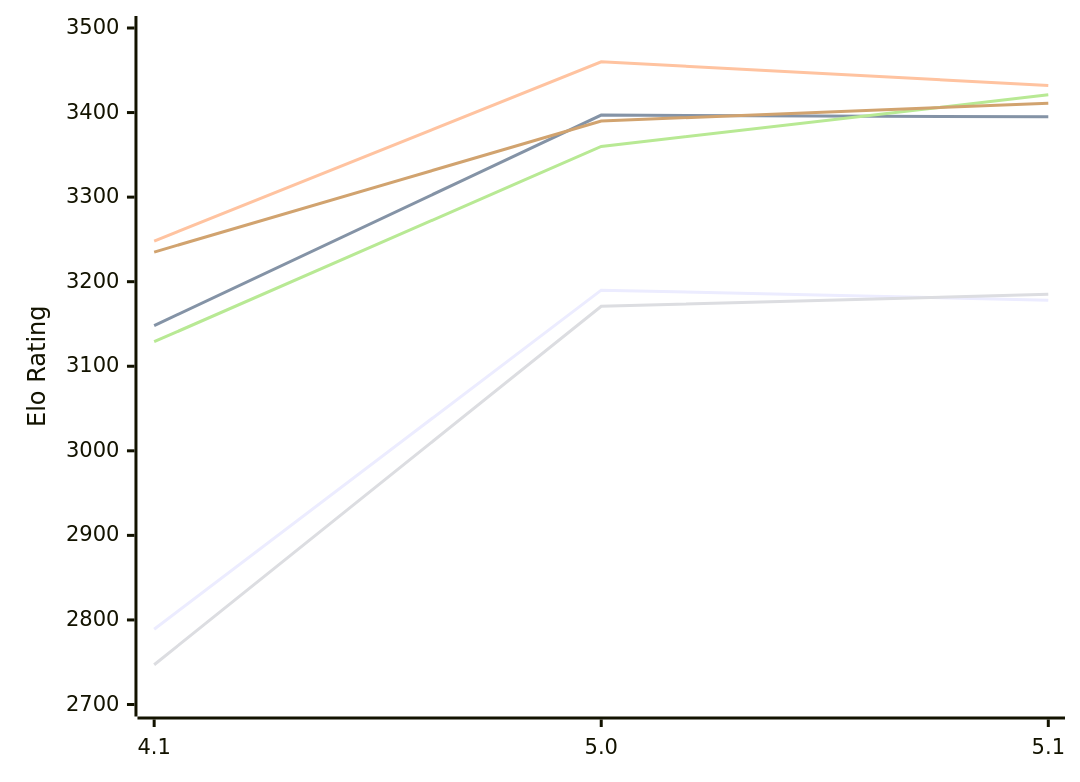
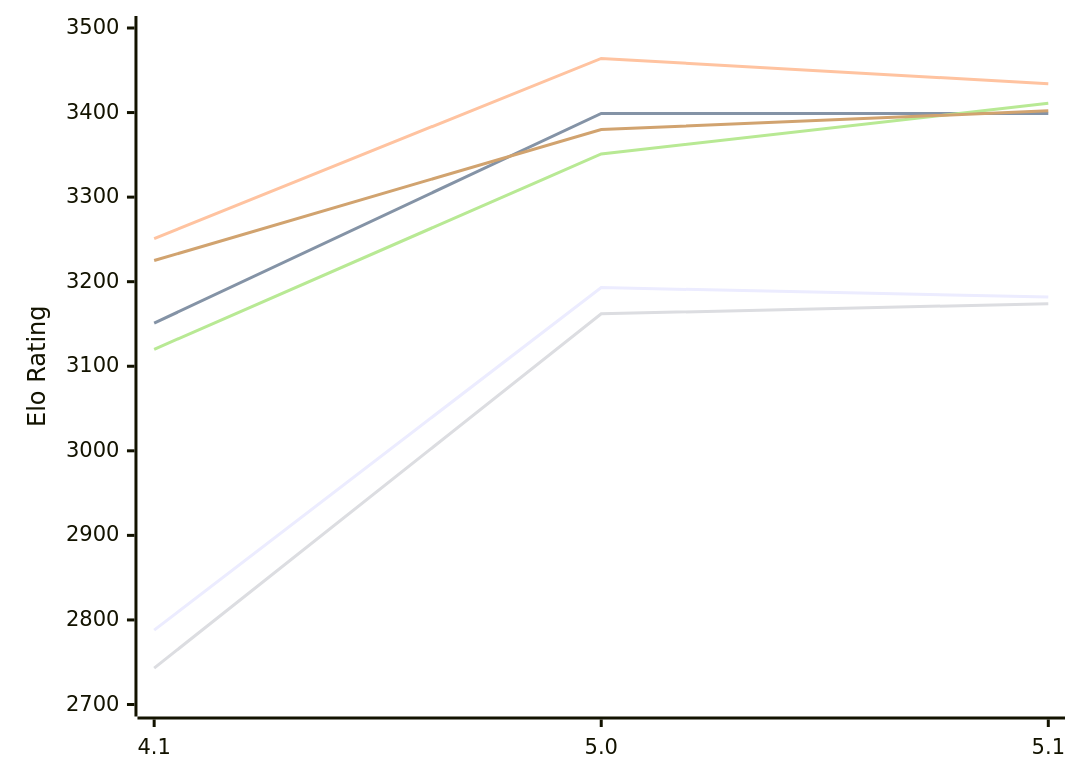
One commit to computer-chess-index/cci changed the diagram in engines/NarcNext.md. Above: the diagram before and after it, drawn with Mermaid. The commit also changed other lines of this file, not shown here.

Commit message:
Update CCI Ratings (ELO VLTC) - 2026-11-15

````diff
--- a/engines/NarcNext.md
+++ b/engines/NarcNext.md
@@ -51,12 +51,12 @@
 ```mermaid
 %%{init: {"theme":"base","themeVariables":{"seriesColors:['#a3a3a3','#222221','#faa371']}}}%%
 xychart-beta
   x-axis ["4.1", "5.0", "5.1"]
   y-axis "Elo Rating" 2700 --> 3500
-  line "E1: STC (8.0+0.08s)" [2789, 3190, 3178]
-  line "E1: LTC (60.0+0.60s)" [3148, 3397, 3395]
-  line "E1: VLTC (2m24s+1.12s)" [3248, 3460, 3432]
-  line "P1: STC (8.0+0.08s)" [2747, 3171, 3185]
-  line "P1: LTC (60.0+0.60s)" [3129, 3360, 3421]
-  line "P1: VLTC (2m24s+1.12s)" [3235, 3390, 3411]
+  line "E1: STC (8.0+0.08s)" [2788, 3193, 3182]
+  line "E1: LTC (60.0+0.60s)" [3151, 3399, 3399]
+  line "E1: VLTC (2m24s+1.12s)" [3251, 3464, 3434]
+  line "P1: STC (8.0+0.08s)" [2743, 3162, 3174]
+  line "P1: LTC (60.0+0.60s)" [3120, 3351, 3411]
+  line "P1: VLTC (2m24s+1.12s)" [3225, 3380, 3402]
 ```
````
